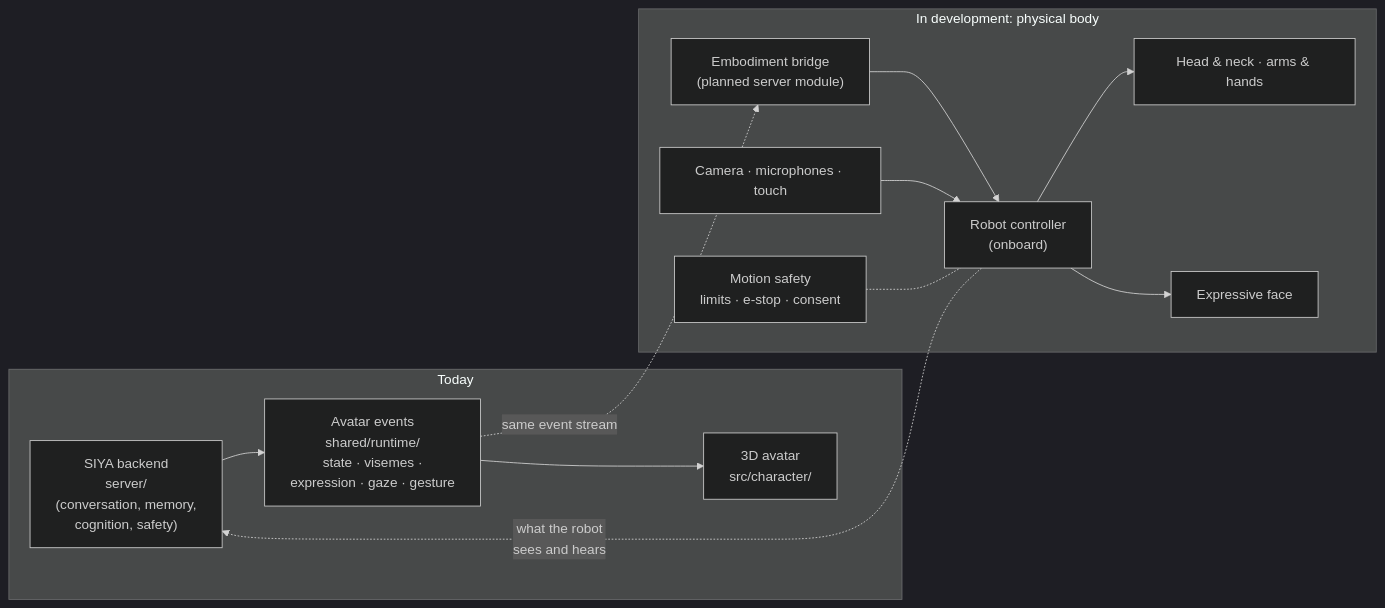
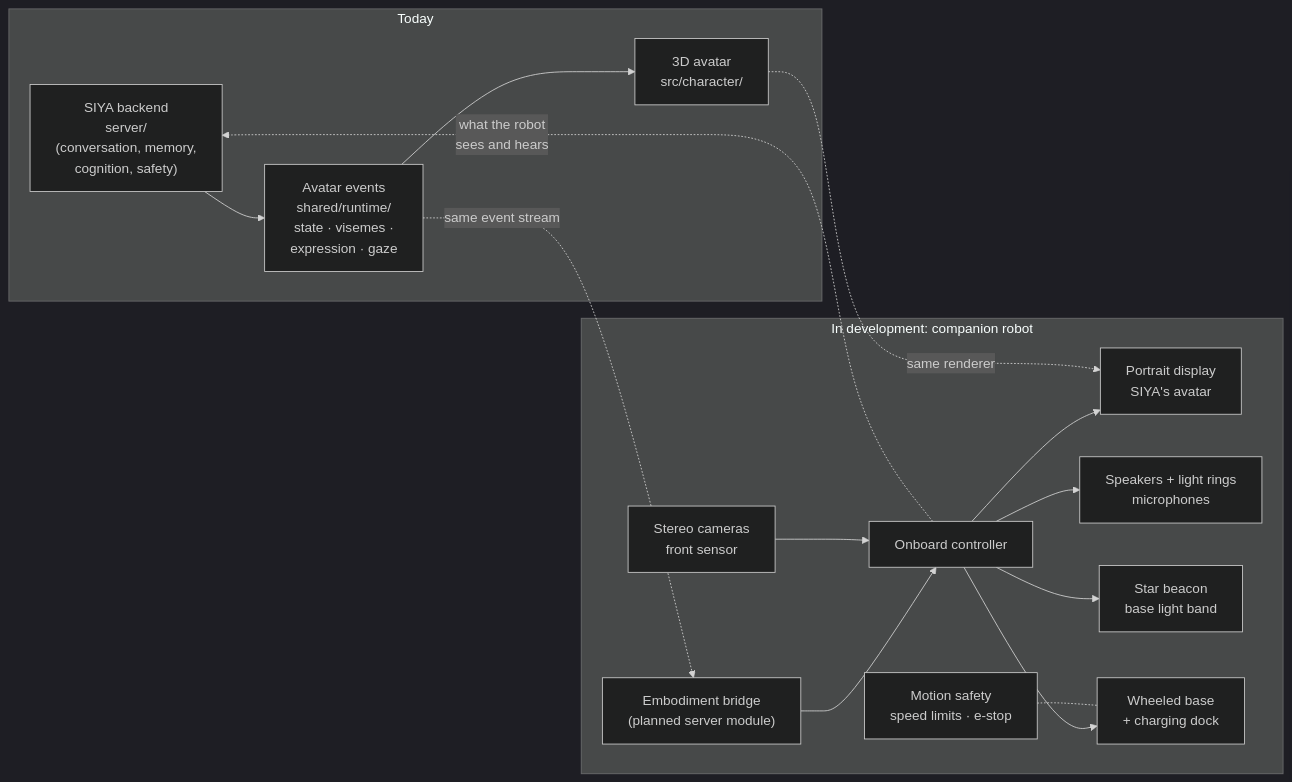
The second of 2 diagrams in README.md (samarthrao34/SIYA), drawn with Mermaid (dark theme) before and after one commit. The commit also changed other lines of this file and 2 other files, not shown here.

First line of the commit message:
Roadmap: design SIYA's companion robot around the concept render

````diff
--- a/README.md
+++ b/README.md
@@ -88,26 +112,31 @@
 ```mermaid
 flowchart LR
   subgraph Today["Today"]
     Brain["SIYA backend<br/>server/<br/>(conversation, memory,<br/>cognition, safety)"]
-    Events["Avatar events<br/>shared/runtime/<br/>state · visemes ·<br/>expression · gaze · gesture"]
+    Events["Avatar events<br/>shared/runtime/<br/>state · visemes ·<br/>expression · gaze"]
     Avatar["3D avatar<br/>src/character/"]
     Brain --> Events --> Avatar
   end
 
-  subgraph Future["In development: physical body"]
+  subgraph Robot["In development: companion robot"]
     Bridge["Embodiment bridge<br/>(planned server module)"]
-    Controller["Robot controller<br/>(onboard)"]
-    Motion["Head & neck · arms & hands"]
-    Face["Expressive face"]
-    Senses["Camera · microphones · touch"]
-    Safety["Motion safety<br/>limits · e-stop · consent"]
+    Controller["Onboard controller"]
+    Display["Portrait display<br/>SIYA's avatar"]
+    Voice["Speakers + light rings<br/>microphones"]
+    Lights["Star beacon<br/>base light band"]
+    Base["Wheeled base<br/>+ charging dock"]
+    Senses["Stereo cameras<br/>front sensor"]
+    Safety["Motion safety<br/>speed limits · e-stop"]
     Bridge --> Controller
-    Controller --> Motion
-    Controller --> Face
+    Controller --> Display
+    Controller --> Voice
+    Controller --> Lights
+    Controller --> Base
     Senses --> Controller
-    Safety -.- Controller
+    Safety -.- Base
   end
 
   Events -. "same event stream" .-> Bridge
+  Avatar -. "same renderer" .-> Display
   Controller -. "what the robot<br/>sees and hears" .-> Brain
 ```
````
